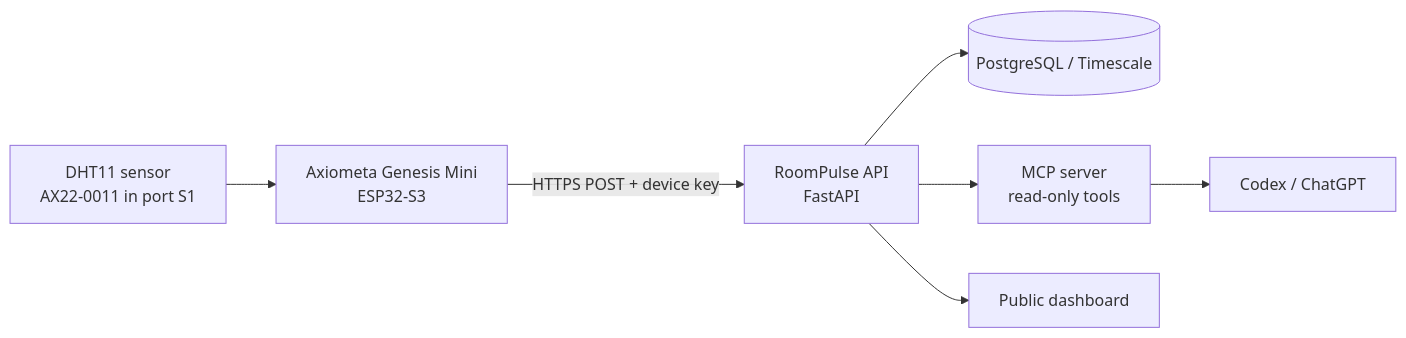
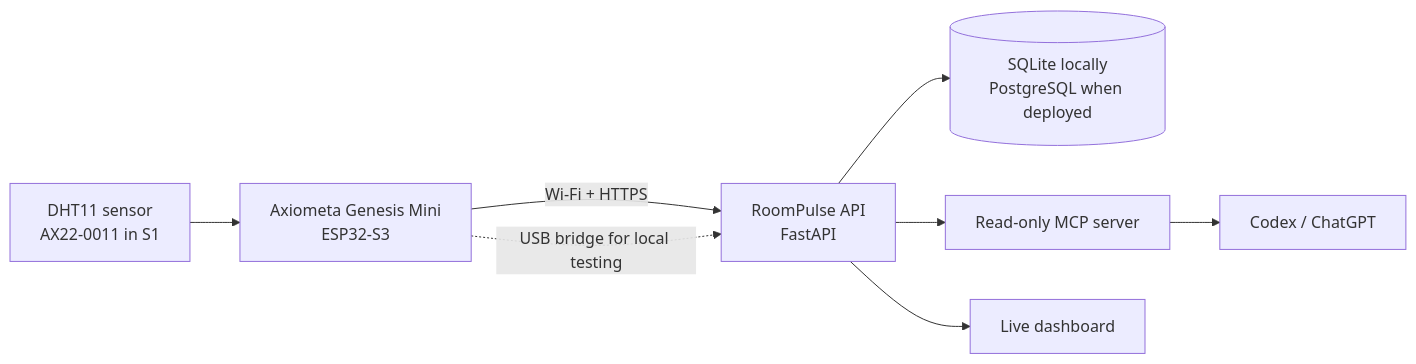
The diagram in README.md (Philipnil06/roompulse), drawn with Mermaid before and after one commit. The commit also changed other lines of this file and 40 other files, not shown here.

Commit message:
Build and verify complete RoomPulse stack

````diff
--- a/README.md
+++ b/README.md
@@ -24,9 +35,10 @@
 ```mermaid
 flowchart LR
-  S["DHT11 sensor\nAX22-0011 in port S1"] --> G["Axiometa Genesis Mini\nESP32-S3"]
-  G -->|"HTTPS POST + device key"| A["RoomPulse API\nFastAPI"]
-  A --> D[("PostgreSQL / Timescale")]
-  A --> M["MCP server\nread-only tools"]
+  S["DHT11 sensor<br/>AX22-0011 in S1"] --> G["Axiometa Genesis Mini<br/>ESP32-S3"]
+  G -->|"Wi-Fi + HTTPS"| A["RoomPulse API<br/>FastAPI"]
+  G -.->|"USB bridge for local testing"| A
+  A --> D[("SQLite locally<br/>PostgreSQL when deployed")]
+  A --> M["Read-only MCP server"]
   M --> C["Codex / ChatGPT"]
-  A --> W["Public dashboard"]
+  A --> W["Live dashboard"]
 ```
````
